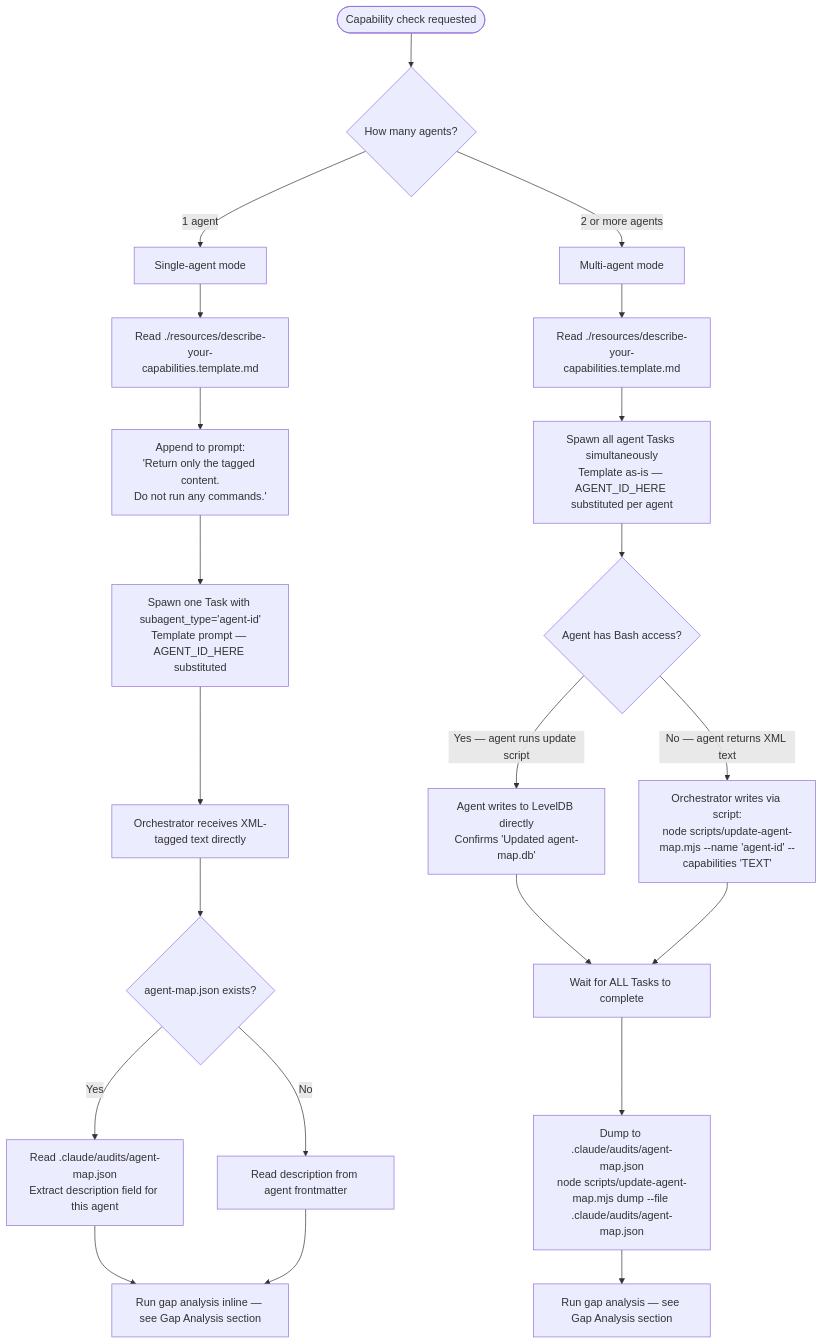
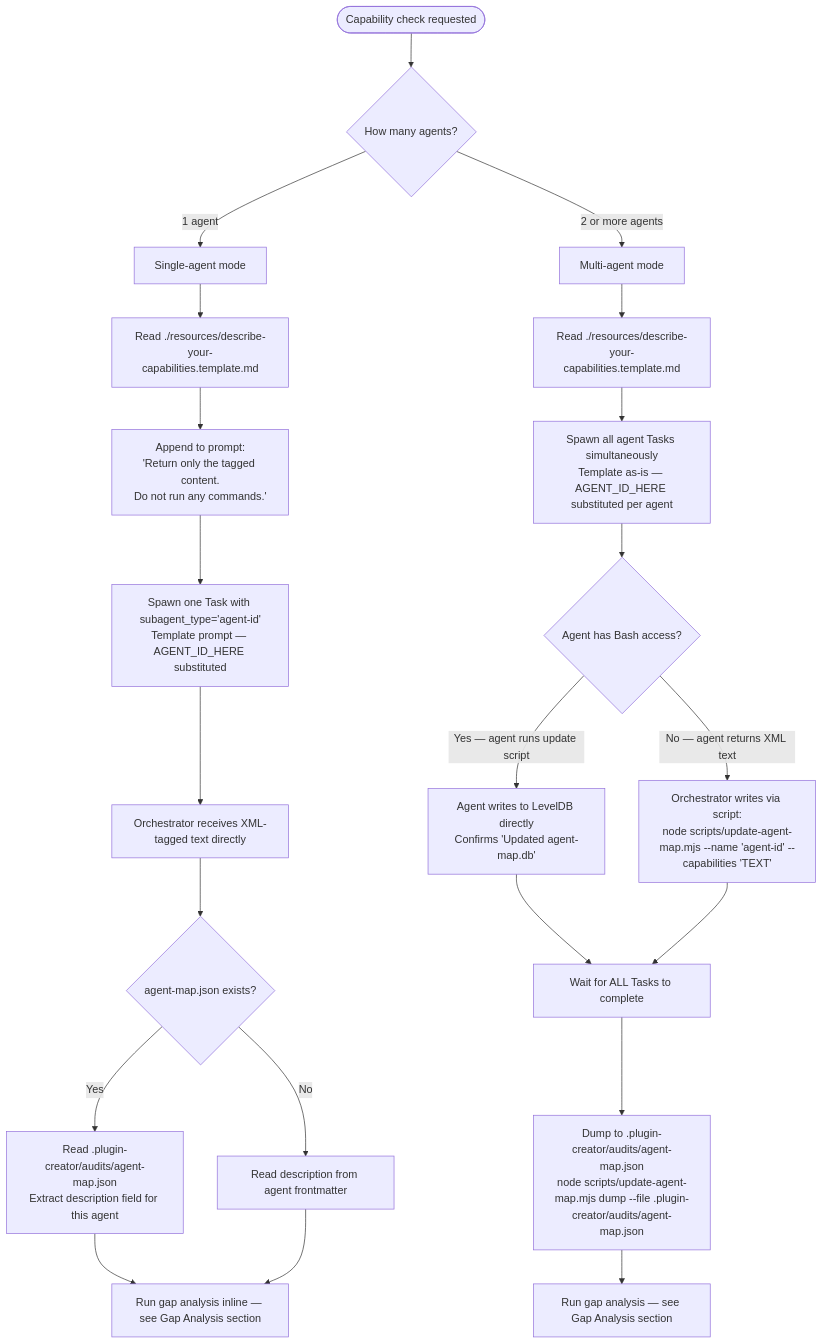
Before and after one commit to chgreer1070/claude_skills: the diagram in plugins/plugin-creator/skills/agent-capability-analyzer/SKILL.md, drawn with Mermaid. The commit also changed other lines of this file and 35 other files, not shown here.

First line of the commit message:
refactor(plugins): migrate data output paths from .claude/ to .plugin-creator/ and .tmp/

````diff
--- a/plugins/plugin-creator/skills/agent-capability-analyzer/SKILL.md
+++ b/plugins/plugin-creator/skills/agent-capability-analyzer/SKILL.md
@@ -22,26 +22,26 @@
 ```mermaid
 flowchart TD
     Start([Capability check requested]) --> Q1{How many agents?}
     Q1 -->|1 agent| Single[Single-agent mode]
     Q1 -->|2 or more agents| Multi[Multi-agent mode]
 
     Single --> S1[Read ./resources/describe-your-capabilities.template.md]
     S1 --> S2["Append to prompt:<br>'Return only the tagged content.<br>Do not run any commands.'"]
     S2 --> S3["Spawn one Task with subagent_type='agent-id'<br>Template prompt — AGENT_ID_HERE substituted"]
     S3 --> S4[Orchestrator receives XML-tagged text directly]
     S4 --> S5{agent-map.json exists?}
-    S5 -->|Yes| S6["Read .claude/audits/agent-map.json<br>Extract description field for this agent"]
+    S5 -->|Yes| S6["Read .plugin-creator/audits/agent-map.json<br>Extract description field for this agent"]
     S5 -->|No| S7[Read description from agent frontmatter]
     S6 --> S8[Run gap analysis inline — see Gap Analysis section]
     S7 --> S8
 
     Multi --> M1[Read ./resources/describe-your-capabilities.template.md]
     M1 --> M2["Spawn all agent Tasks simultaneously<br>Template as-is — AGENT_ID_HERE substituted per agent"]
     M2 --> M3{Agent has Bash access?}
     M3 -->|Yes — agent runs update script| M4[Agent writes to LevelDB directly<br>Confirms 'Updated agent-map.db']
     M3 -->|No — agent returns XML text| M5["Orchestrator writes via script:<br>node scripts/update-agent-map.mjs --name 'agent-id' --capabilities 'TEXT'"]
     M4 --> M6[Wait for ALL Tasks to complete]
     M5 --> M6
-    M6 --> M7["Dump to .claude/audits/agent-map.json<br>node scripts/update-agent-map.mjs dump --file .claude/audits/agent-map.json"]
+    M6 --> M7["Dump to .plugin-creator/audits/agent-map.json<br>node scripts/update-agent-map.mjs dump --file .plugin-creator/audits/agent-map.json"]
     M7 --> M8[Run gap analysis — see Gap Analysis section]
 ```
````
